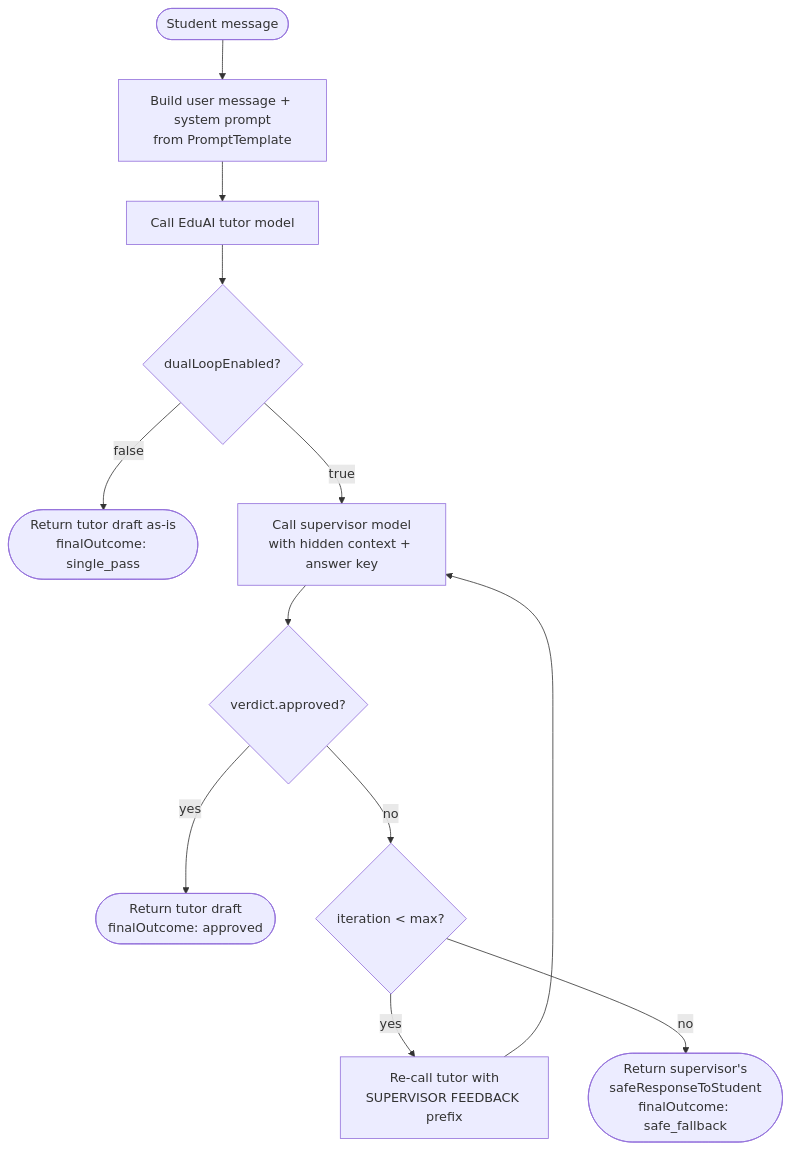
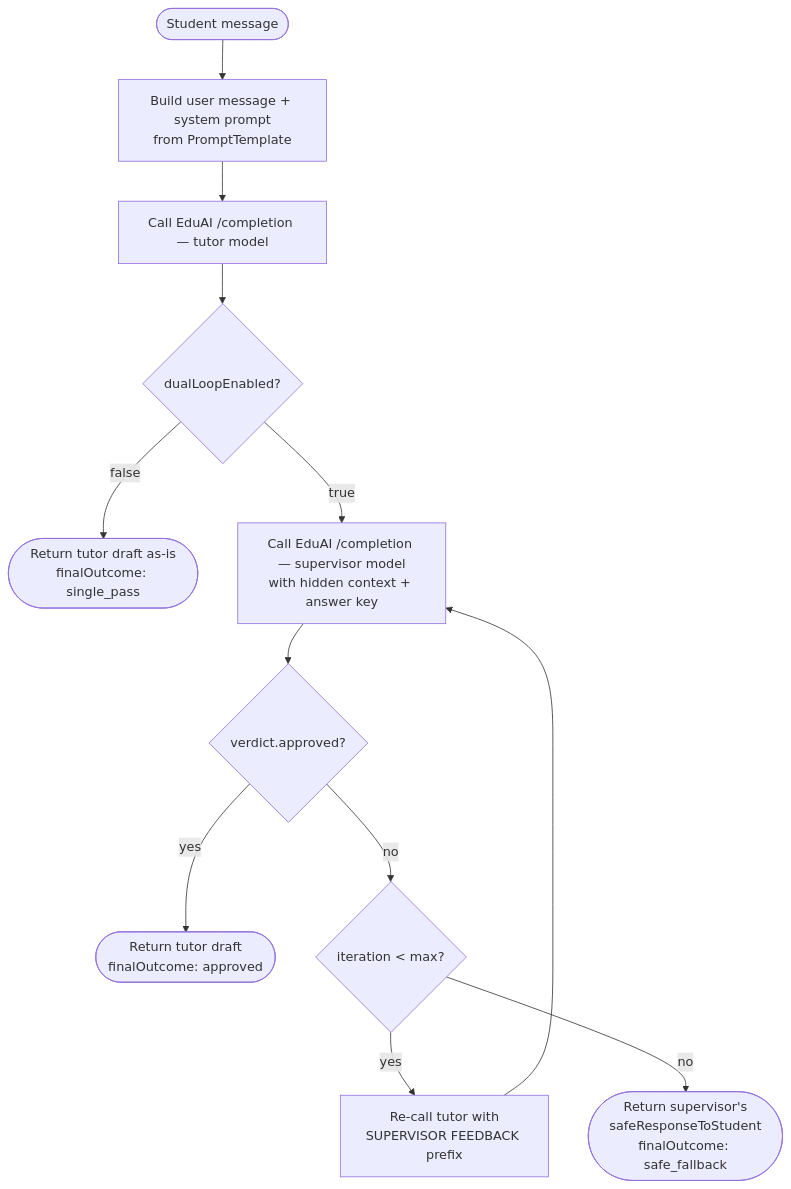
Before and after one commit to EduAI-Lab/EduAI: the third of 4 diagrams in apps/extensions/ai-tutor/docs/ARCHITECTURE.md, drawn with Mermaid. The commit also changed other lines of this file and 10 other files, not shown here.

````diff
--- a/apps/extensions/ai-tutor/docs/ARCHITECTURE.md
+++ b/apps/extensions/ai-tutor/docs/ARCHITECTURE.md
@@ -187,14 +177,14 @@
 ```mermaid
 flowchart TD
     Start([Student message]) --> Build[Build user message + system prompt<br/>from PromptTemplate]
-    Build --> Tutor[Call EduAI tutor model]
+    Build --> Tutor[Call EduAI /completion — tutor model]
     Tutor --> Enabled{dualLoopEnabled?}
     Enabled -- "false" --> Return1([Return tutor draft as-is<br/>finalOutcome: single_pass])
-    Enabled -- "true" --> Sup[Call supervisor model<br/>with hidden context + answer key]
+    Enabled -- "true" --> Sup[Call EduAI /completion — supervisor model<br/>with hidden context + answer key]
     Sup --> Verdict{verdict.approved?}
     Verdict -- "yes" --> Return2([Return tutor draft<br/>finalOutcome: approved])
     Verdict -- "no" --> Iter{iteration < max?}
     Iter -- "yes" --> Revise[Re-call tutor with<br/>SUPERVISOR FEEDBACK prefix]
     Revise --> Sup
     Iter -- "no" --> Safe([Return supervisor's<br/>safeResponseToStudent<br/>finalOutcome: safe_fallback])
 ```
````
